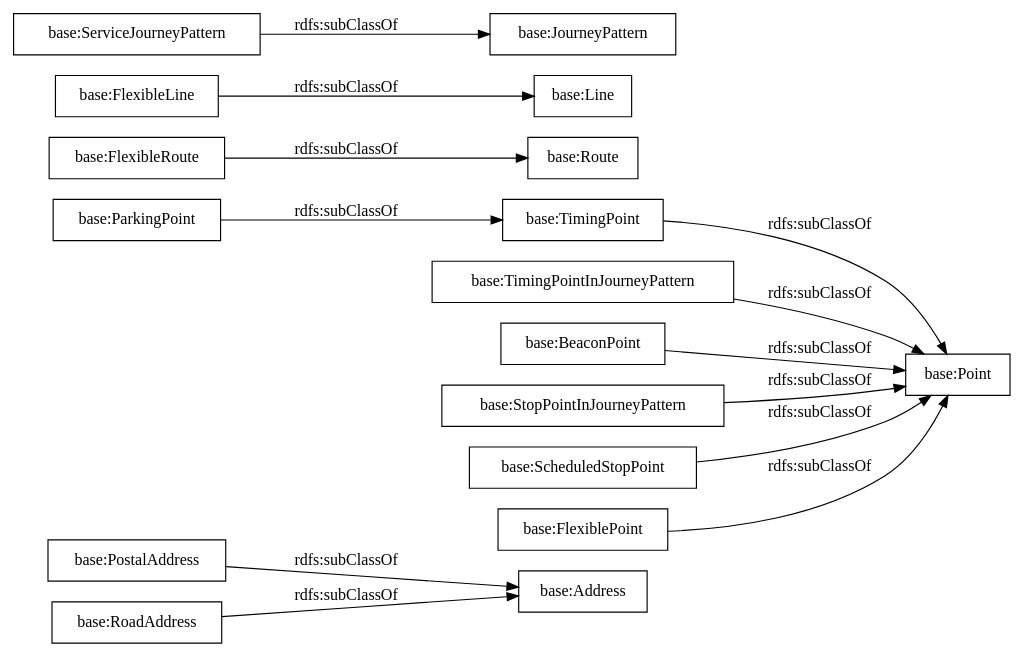
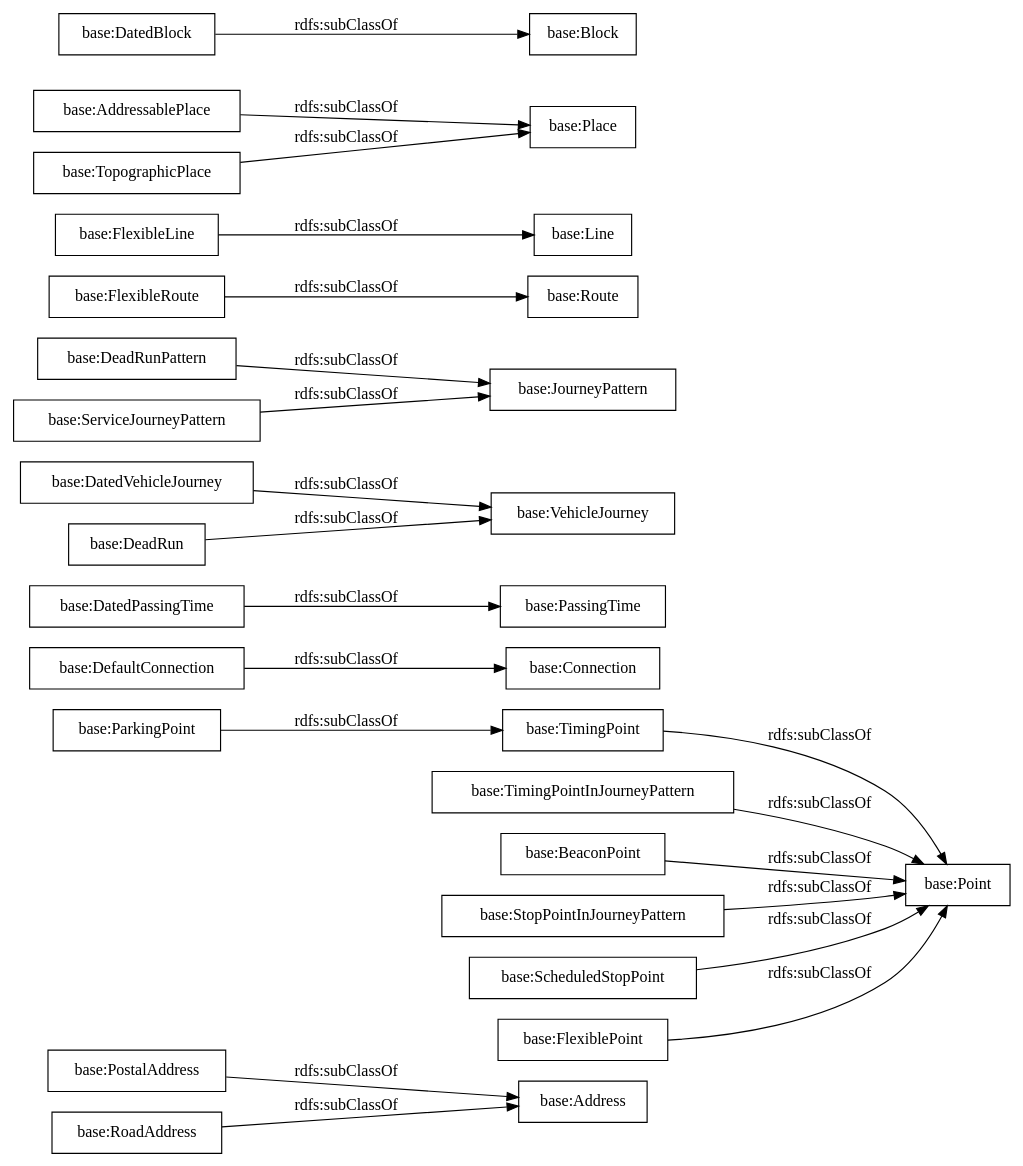
Before and after one commit to oeg-upm/transmodel-ontology: the diagram in OnToology/ontology/tm-journeys.owl/diagrams/ar2dtool-taxonomy/tm-journeys.owl.png.dot, drawn with Graphviz. The commit also changed 95 other files, not shown here.

```diff
--- a/OnToology/ontology/tm-journeys.owl/diagrams/ar2dtool-taxonomy/tm-journeys.owl.png.dot
+++ b/OnToology/ontology/tm-journeys.owl/diagrams/ar2dtool-taxonomy/tm-journeys.owl.png.dot
@@ -1,18 +1,26 @@
 digraph ar2dtool_diagram { 
 rankdir=LR;
 size="1000"
-node [shape = rectangle, color="black"]; "base:PostalAddress" "base:Address" "base:ParkingPoint" "base:Point" "base:TimingPointInJourneyPattern" "base:BeaconPoint" "base:StopPointInJourneyPattern" "base:FlexibleRoute" "base:FlexibleLine" "base:TimingPoint" "base:JourneyPattern" "base:Route" "base:ServiceJourneyPattern" "base:ScheduledStopPoint" "base:FlexiblePoint" "base:Line" "base:RoadAddress" ; /*classes style*/
+node [shape = rectangle, color="black"]; "base:PostalAddress" "base:Address" "base:ParkingPoint" "base:Connection" "base:Point" "base:TimingPointInJourneyPattern" "base:BeaconPoint" "base:PassingTime" "base:VehicleJourney" "base:StopPointInJourneyPattern" "base:DeadRunPattern" "base:FlexibleRoute" "base:FlexibleLine" "base:TimingPoint" "base:Route" "base:DefaultConnection" "base:JourneyPattern" "base:ServiceJourneyPattern" "base:AddressablePlace" "base:ScheduledStopPoint" "base:DatedVehicleJourney" "base:DatedBlock" "base:DeadRun" "base:FlexiblePoint" "base:Line" "base:Place" "base:TopographicPlace" "base:Block" "base:DatedPassingTime" "base:RoadAddress" ; /*classes style*/
+	"base:TopographicPlace" -> "base:Place" [ label = "rdfs:subClassOf" ];
+	"base:FlexibleRoute" -> "base:Route" [ label = "rdfs:subClassOf" ];
+	"base:ServiceJourneyPattern" -> "base:JourneyPattern" [ label = "rdfs:subClassOf" ];
+	"base:TimingPoint" -> "base:Point" [ label = "rdfs:subClassOf" ];
+	"base:FlexibleLine" -> "base:Line" [ label = "rdfs:subClassOf" ];
+	"base:DatedVehicleJourney" -> "base:VehicleJourney" [ label = "rdfs:subClassOf" ];
+	"base:DeadRunPattern" -> "base:JourneyPattern" [ label = "rdfs:subClassOf" ];
+	"base:StopPointInJourneyPattern" -> "base:Point" [ label = "rdfs:subClassOf" ];
+	"base:DeadRun" -> "base:VehicleJourney" [ label = "rdfs:subClassOf" ];
+	"base:DatedBlock" -> "base:Block" [ label = "rdfs:subClassOf" ];
+	"base:DatedPassingTime" -> "base:PassingTime" [ label = "rdfs:subClassOf" ];
+	"base:AddressablePlace" -> "base:Place" [ label = "rdfs:subClassOf" ];
+	"base:TimingPointInJourneyPattern" -> "base:Point" [ label = "rdfs:subClassOf" ];
+	"base:BeaconPoint" -> "base:Point" [ label = "rdfs:subClassOf" ];
+	"base:RoadAddress" -> "base:Address" [ label = "rdfs:subClassOf" ];
+	"base:ParkingPoint" -> "base:TimingPoint" [ label = "rdfs:subClassOf" ];
+	"base:FlexiblePoint" -> "base:Point" [ label = "rdfs:subClassOf" ];
+	"base:DefaultConnection" -> "base:Connection" [ label = "rdfs:subClassOf" ];
+	"base:PostalAddress" -> "base:Address" [ label = "rdfs:subClassOf" ];
 	"base:ScheduledStopPoint" -> "base:Point" [ label = "rdfs:subClassOf" ];
-	"base:PostalAddress" -> "base:Address" [ label = "rdfs:subClassOf" ];
-	"base:TimingPointInJourneyPattern" -> "base:Point" [ label = "rdfs:subClassOf" ];
-	"base:FlexibleLine" -> "base:Line" [ label = "rdfs:subClassOf" ];
-	"base:TimingPoint" -> "base:Point" [ label = "rdfs:subClassOf" ];
-	"base:FlexibleRoute" -> "base:Route" [ label = "rdfs:subClassOf" ];
-	"base:FlexiblePoint" -> "base:Point" [ label = "rdfs:subClassOf" ];
-	"base:BeaconPoint" -> "base:Point" [ label = "rdfs:subClassOf" ];
-	"base:ParkingPoint" -> "base:TimingPoint" [ label = "rdfs:subClassOf" ];
-	"base:StopPointInJourneyPattern" -> "base:Point" [ label = "rdfs:subClassOf" ];
-	"base:ServiceJourneyPattern" -> "base:JourneyPattern" [ label = "rdfs:subClassOf" ];
-	"base:RoadAddress" -> "base:Address" [ label = "rdfs:subClassOf" ];
 
 }
```
